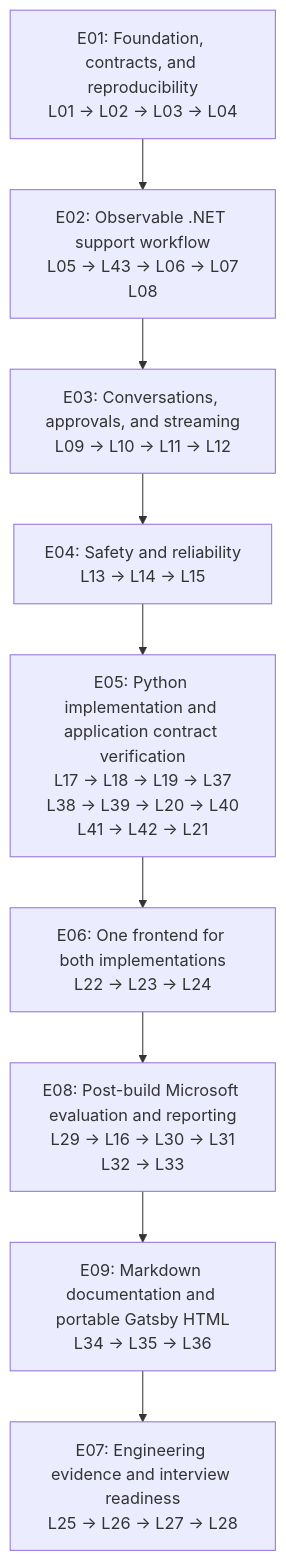
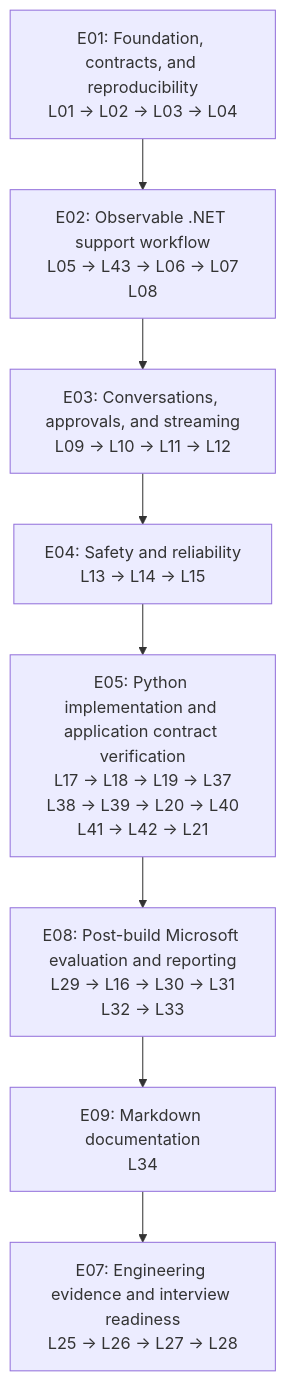
One commit to olaheavy-dev/maf-support-lab changed the diagram in docs/learning/roadmap.md. Above: the diagram before and after it, drawn with Mermaid. The commit also changed other lines of this file and 63 other files, not shown here.

First line of the commit message:
Roadmap: close the project once the backends are solid (#101)

````diff
--- a/docs/learning/roadmap.md
+++ b/docs/learning/roadmap.md
@@ -11,13 +11,12 @@
 ```mermaid
 flowchart TD
     E01["E01: Foundation, contracts, and reproducibility<br/>L01 → L02 → L03 → L04"]
     E02["E02: Observable .NET support workflow<br/>L05 → L43 → L06 → L07<br/>L08"]
     E03["E03: Conversations, approvals, and streaming<br/>L09 → L10 → L11 → L12"]
     E04["E04: Safety and reliability<br/>L13 → L14 → L15"]
     E05["E05: Python implementation and application contract verification<br/>L17 → L18 → L19 → L37<br/>L38 → L39 → L20 → L40<br/>L41 → L42 → L21"]
-    E06["E06: One frontend for both implementations<br/>L22 → L23 → L24"]
     E08["E08: Post-build Microsoft evaluation and reporting<br/>L29 → L16 → L30 → L31<br/>L32 → L33"]
-    E09["E09: Markdown documentation and portable Gatsby HTML<br/>L34 → L35 → L36"]
+    E09["E09: Markdown documentation<br/>L34"]
     E07["E07: Engineering evidence and interview readiness<br/>L25 → L26 → L27 → L28"]
-    E01 --> E02 --> E03 --> E04 --> E05 --> E06 --> E08 --> E09 --> E07
+    E01 --> E02 --> E03 --> E04 --> E05 --> E08 --> E09 --> E07
 ```
````
